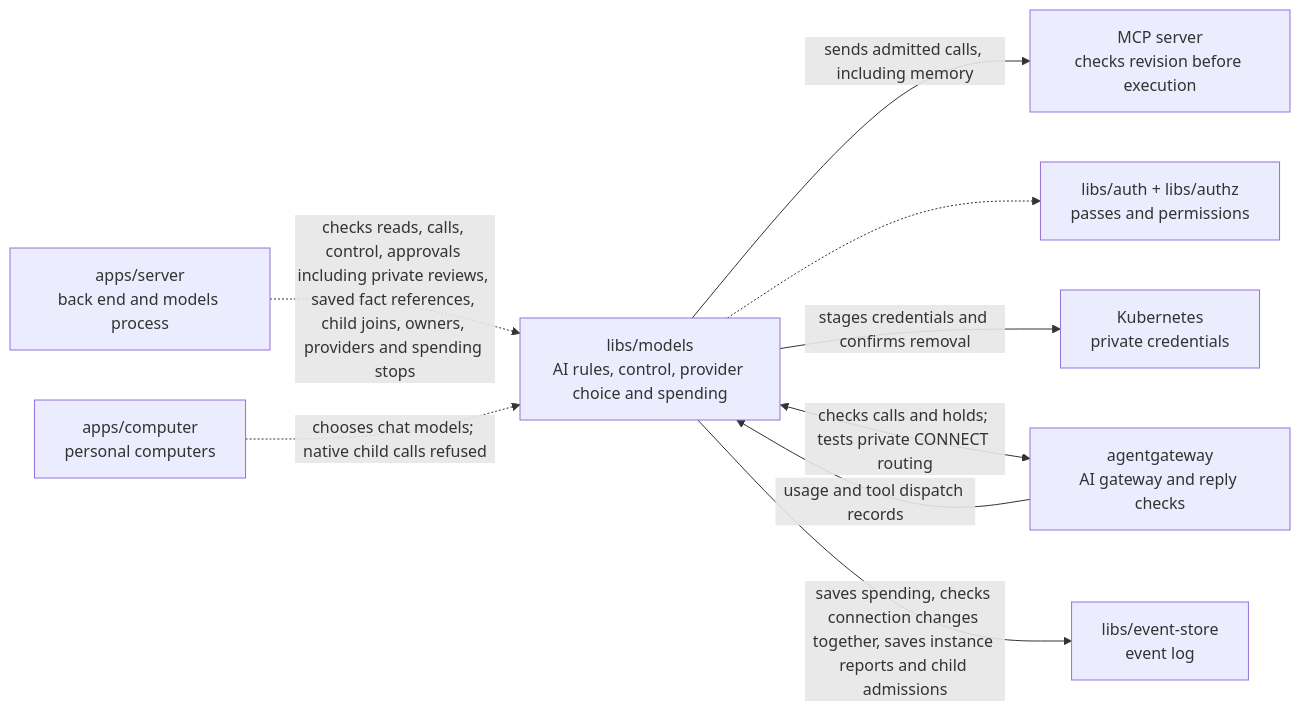
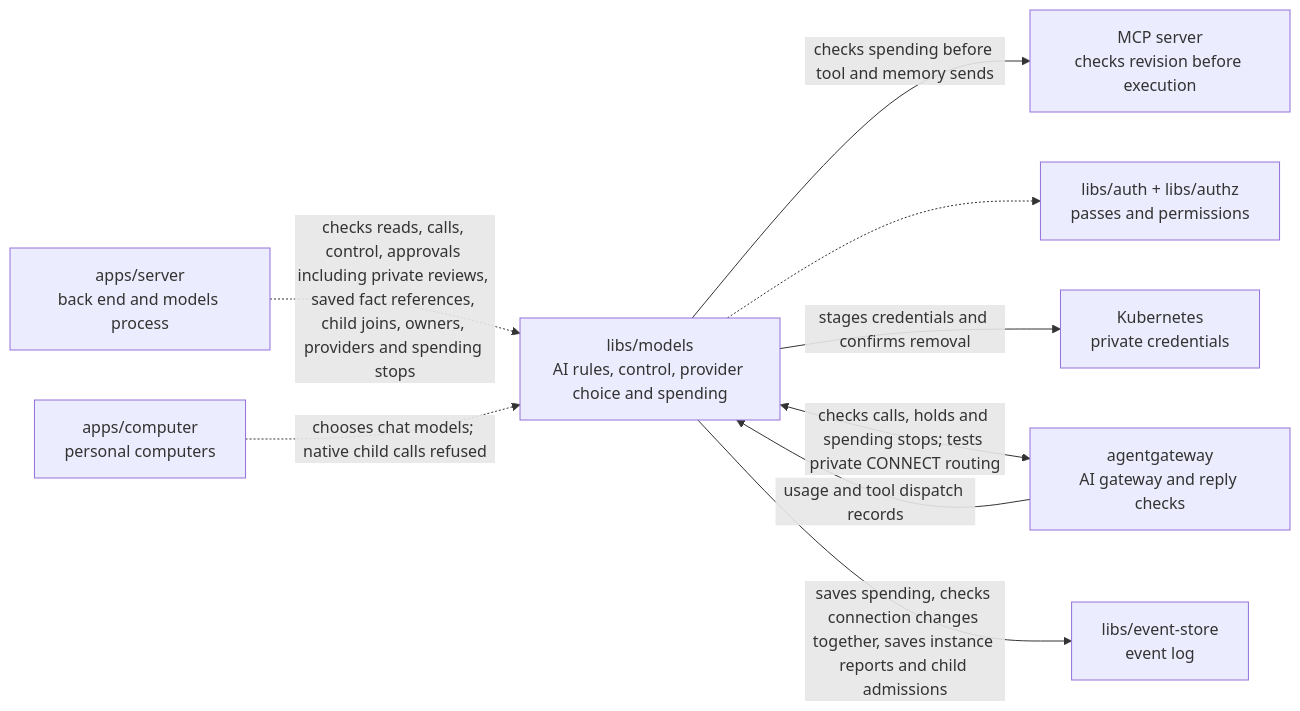
One commit to elewa-git/opencrane-new changed the diagram in libs/models/README.md. Above: the diagram before and after it, drawn with Mermaid. The commit also changed other lines of this file and 25 other files, not shown here.

First line of the commit message:
🛑 A spending stop also stops free tool and memory calls, and raising the limit never revives a stopped turn (#375)

````diff
--- a/libs/models/README.md
+++ b/libs/models/README.md
@@ -14,11 +14,11 @@
 ```mermaid
 flowchart LR
   server["apps/server<br/>back end and models process"] -.->|checks reads, calls, control, approvals including private reviews, saved fact references, child joins, owners, providers and spending stops| models["libs/models<br/>AI rules, control, provider choice and spending"]
-  models -->|sends admitted calls, including memory| mcp["MCP server<br/>checks revision before execution"]
+  models -->|checks spending before tool and memory sends| mcp["MCP server<br/>checks revision before execution"]
   computer["apps/computer<br/>personal computers"] -.->|chooses chat models; native child calls refused| models
   models -.-> auth["libs/auth + libs/authz<br/>passes and permissions"]
   models -->|stages credentials and confirms removal| custody["Kubernetes<br/>private credentials"]
-  models <-->|checks calls and holds; tests private CONNECT routing| gateway["agentgateway<br/>AI gateway and reply checks"]
+  models <-->|checks calls, holds and spending stops; tests private CONNECT routing| gateway["agentgateway<br/>AI gateway and reply checks"]
   gateway -->|usage and tool dispatch records| models
   models -->|saves spending, checks connection changes together, saves instance reports and child admissions| store["libs/event-store<br/>event log"]
 ```
````
